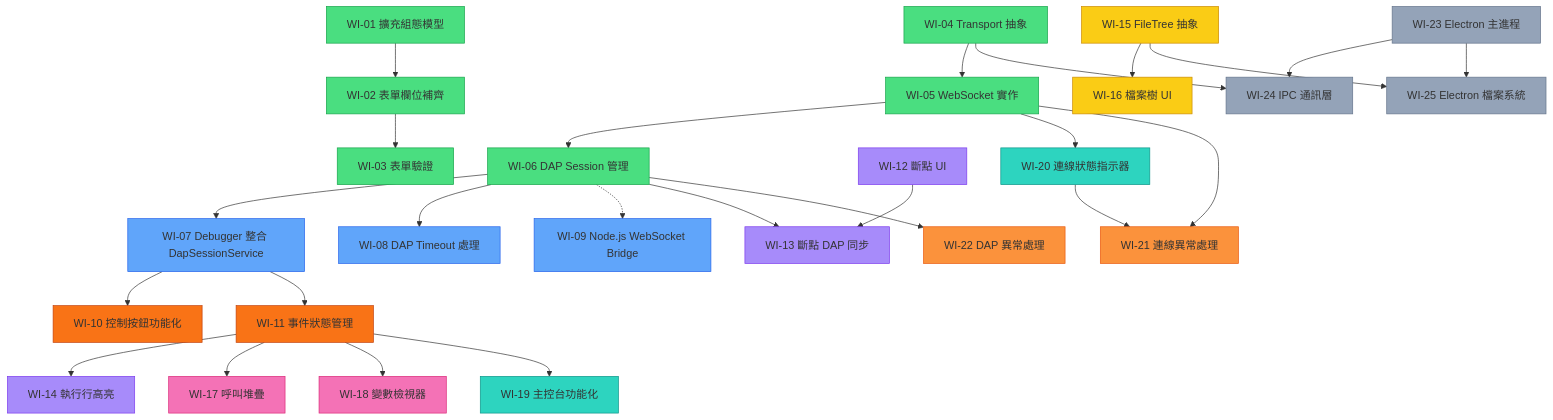
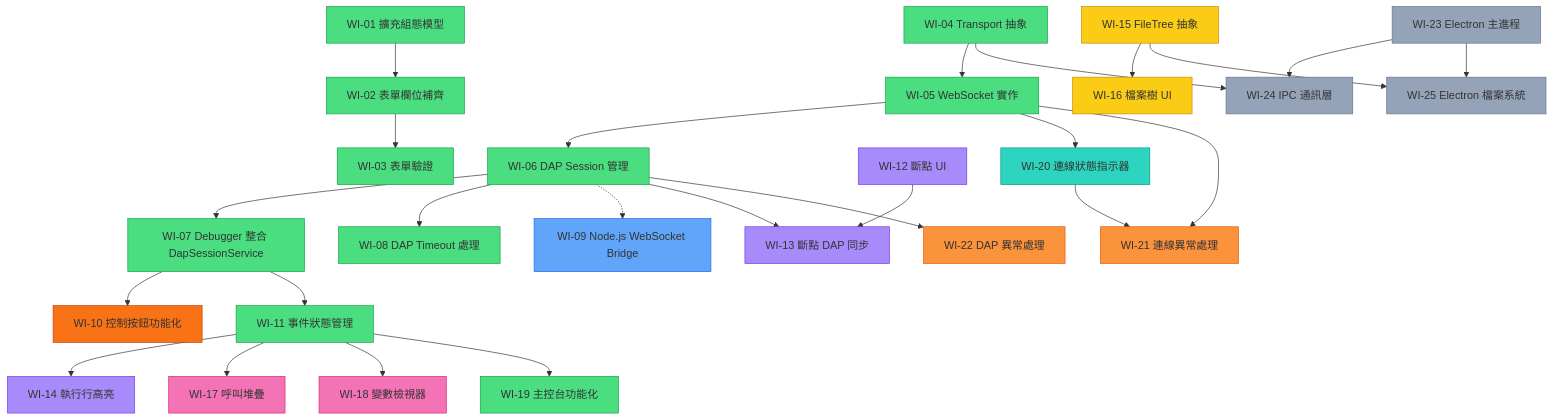
The diagram in docs/work_items.md (tangpo387-arch/taro-debugger), drawn with Mermaid before and after one commit. The commit also changed other lines of this file and 3 other files, not shown here.

````diff
--- a/docs/work_items.md
+++ b/docs/work_items.md
@@ -336,71 +336,71 @@
 ```mermaid
 graph TD
     WI01[WI-01 擴充組態模型] --> WI02[WI-02 表單欄位補齊]
     WI02 --> WI03[WI-03 表單驗證]
     
     WI04[WI-04 Transport 抽象] --> WI05[WI-05 WebSocket 實作]
     WI05 --> WI06[WI-06 DAP Session 管理]
     
     WI06 --> WI07[WI-07 Debugger 整合 DapSessionService]
     WI06 --> WI08[WI-08 DAP Timeout 處理]
 
     WI06 -.-> WI09[WI-09 Node.js WebSocket Bridge]
     
     WI07 --> WI10[WI-10 控制按鈕功能化]
     WI07 --> WI11[WI-11 事件狀態管理]
     
     WI12[WI-12 斷點 UI] --> WI13[WI-13 斷點 DAP 同步]
     WI06 --> WI13
     WI11 --> WI14[WI-14 執行行高亮]
     
     WI15[WI-15 FileTree 抽象] --> WI16[WI-16 檔案樹 UI]
     
     WI11 --> WI17[WI-17 呼叫堆疊]
     WI11 --> WI18[WI-18 變數檢視器]
     
     WI11 --> WI19[WI-19 主控台功能化]
     WI05 --> WI20[WI-20 連線狀態指示器]
     
     WI05 --> WI21[WI-21 連線異常處理]
     WI20 --> WI21
     WI06 --> WI22[WI-22 DAP 異常處理]
     
     WI23[WI-23 Electron 主進程] --> WI24[WI-24 IPC 通訊層]
     WI04 --> WI24
     WI23 --> WI25[WI-25 Electron 檔案系統]
     WI15 --> WI25
 
     style WI01 fill:#4ade80,stroke:#16a34a
     style WI02 fill:#4ade80,stroke:#16a34a
     style WI03 fill:#4ade80,stroke:#16a34a
     style WI04 fill:#4ade80,stroke:#16a34a
     style WI05 fill:#4ade80,stroke:#16a34a
     style WI06 fill:#4ade80,stroke:#16a34a
 
-    style WI07 fill:#60a5fa,stroke:#2563eb
-    style WI08 fill:#60a5fa,stroke:#2563eb
+    style WI07 fill:#4ade80,stroke:#16a34a
+    style WI08 fill:#4ade80,stroke:#16a34a
     style WI09 fill:#60a5fa,stroke:#2563eb
 
     style WI10 fill:#f97316,stroke:#c2410c
-    style WI11 fill:#f97316,stroke:#c2410c
+    style WI11 fill:#4ade80,stroke:#16a34a
 
     style WI12 fill:#a78bfa,stroke:#7c3aed
     style WI13 fill:#a78bfa,stroke:#7c3aed
     style WI14 fill:#a78bfa,stroke:#7c3aed
 
     style WI15 fill:#facc15,stroke:#ca8a04
     style WI16 fill:#facc15,stroke:#ca8a04
 
     style WI17 fill:#f472b6,stroke:#db2777
     style WI18 fill:#f472b6,stroke:#db2777
 
-    style WI19 fill:#2dd4bf,stroke:#0d9488
+    style WI19 fill:#4ade80,stroke:#16a34a
     style WI20 fill:#2dd4bf,stroke:#0d9488
 
     style WI21 fill:#fb923c,stroke:#ea580c
     style WI22 fill:#fb923c,stroke:#ea580c
 
     style WI23 fill:#94a3b8,stroke:#64748b
     style WI24 fill:#94a3b8,stroke:#64748b
     style WI25 fill:#94a3b8,stroke:#64748b
 ```
````
